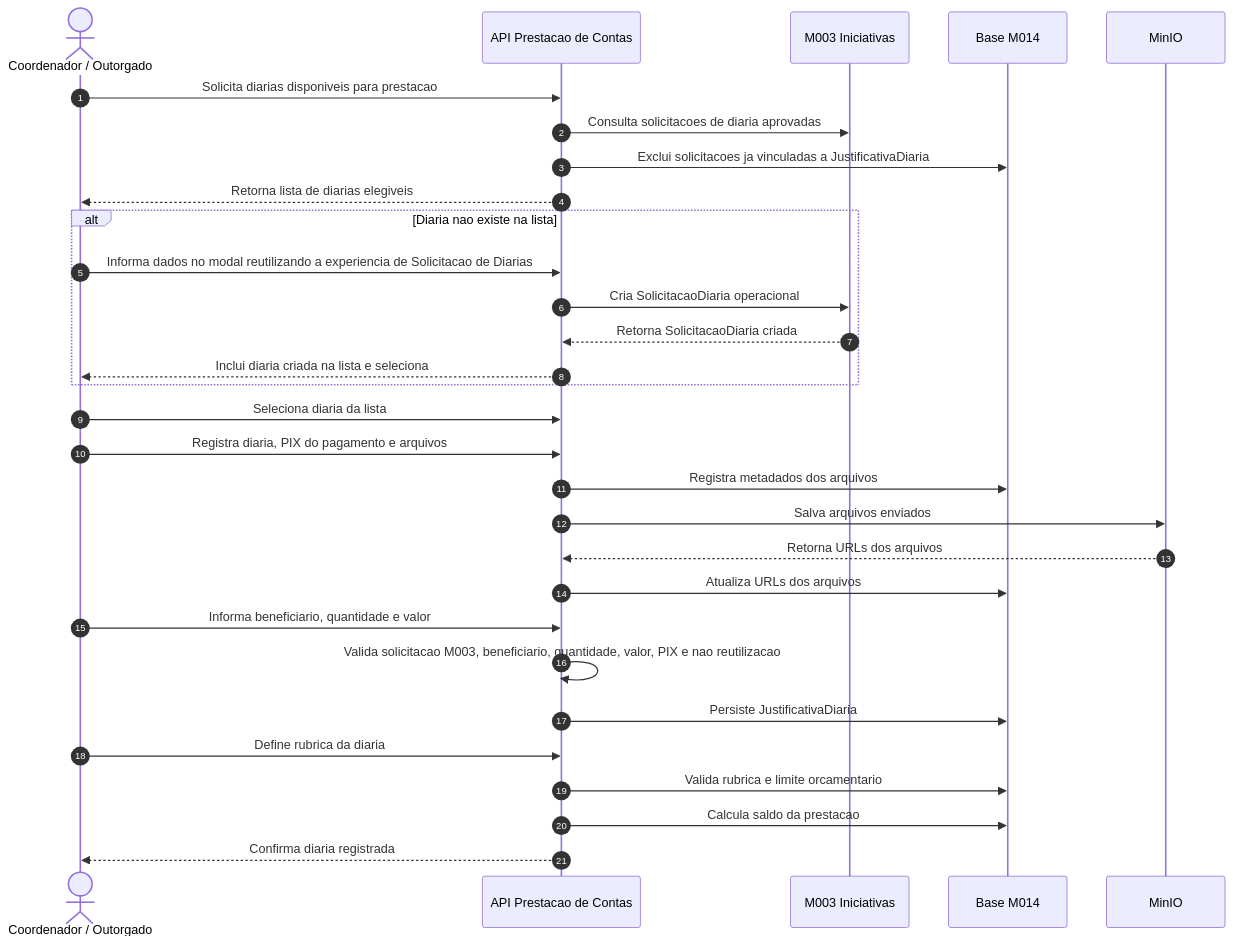
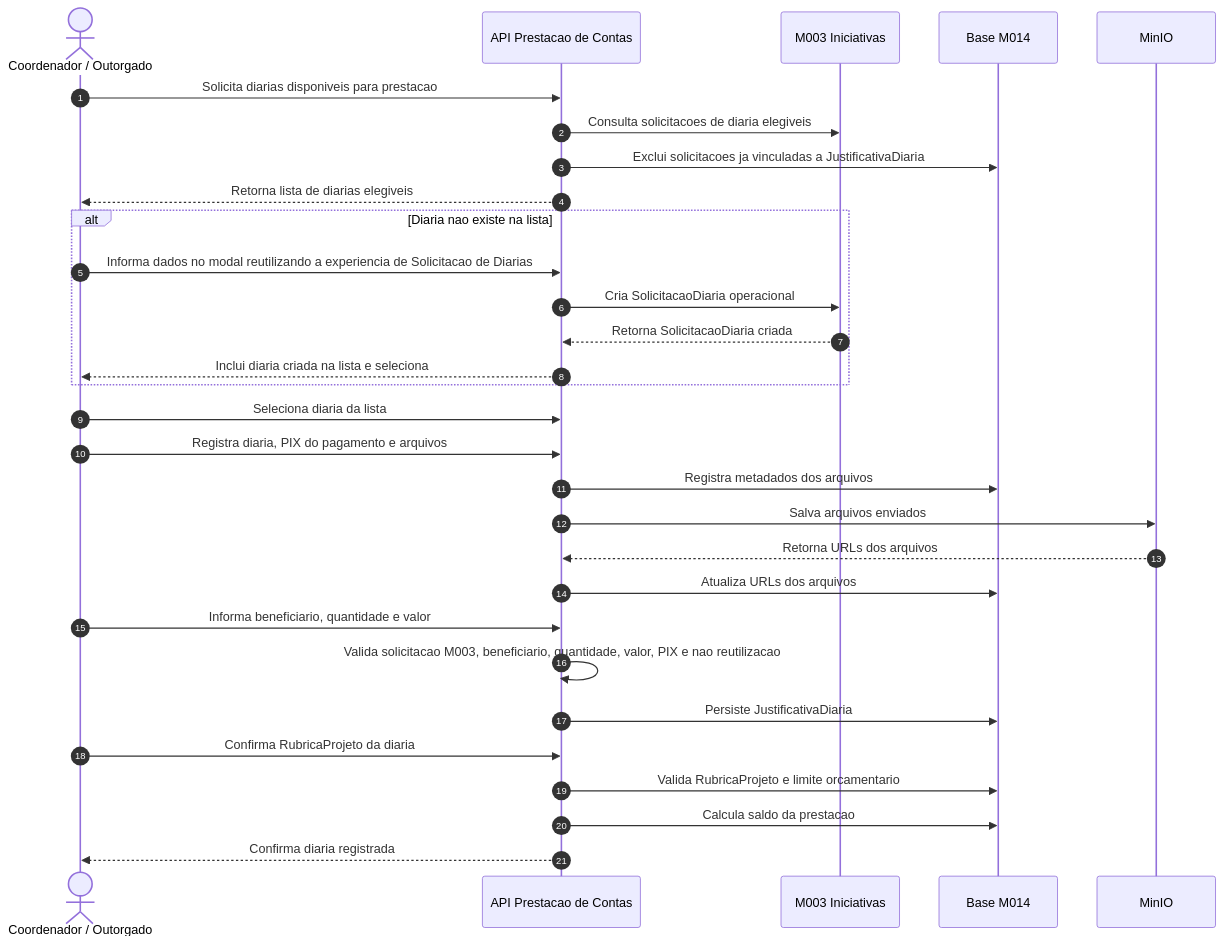
The eighth of 11 diagrams in docs/implementation/modules/M014-prestacao-contas/processo.md (Czzped/conecta-fapes-teste), drawn with Mermaid before and after one commit. The commit also changed other lines of this file and 102 other files, not shown here.

````diff
--- a/docs/implementation/modules/M014-prestacao-contas/processo.md
+++ b/docs/implementation/modules/M014-prestacao-contas/processo.md
@@ -300,33 +302,33 @@
 ```mermaid
 sequenceDiagram
     autonumber
     actor Coord as Coordenador / Outorgado
     participant API as API Prestacao de Contas
     participant M003 as M003 Iniciativas
     participant DB as Base M014
     participant MinIO as MinIO
 
     Coord->>API: Solicita diarias disponiveis para prestacao
-    API->>M003: Consulta solicitacoes de diaria aprovadas
+    API->>M003: Consulta solicitacoes de diaria elegiveis
     API->>DB: Exclui solicitacoes ja vinculadas a JustificativaDiaria
     API-->>Coord: Retorna lista de diarias elegiveis
     alt Diaria nao existe na lista
         Coord->>API: Informa dados no modal reutilizando a experiencia de Solicitacao de Diarias
         API->>M003: Cria SolicitacaoDiaria operacional
         M003-->>API: Retorna SolicitacaoDiaria criada
         API-->>Coord: Inclui diaria criada na lista e seleciona
     end
     Coord->>API: Seleciona diaria da lista
     Coord->>API: Registra diaria, PIX do pagamento e arquivos
     API->>DB: Registra metadados dos arquivos
     API->>MinIO: Salva arquivos enviados
     MinIO-->>API: Retorna URLs dos arquivos
     API->>DB: Atualiza URLs dos arquivos
     Coord->>API: Informa beneficiario, quantidade e valor
     API->>API: Valida solicitacao M003, beneficiario, quantidade, valor, PIX e nao reutilizacao
     API->>DB: Persiste JustificativaDiaria
-    Coord->>API: Define rubrica da diaria
-    API->>DB: Valida rubrica e limite orcamentario
+    Coord->>API: Confirma RubricaProjeto da diaria
+    API->>DB: Valida RubricaProjeto e limite orcamentario
     API->>DB: Calcula saldo da prestacao
     API-->>Coord: Confirma diaria registrada
 ```
````
